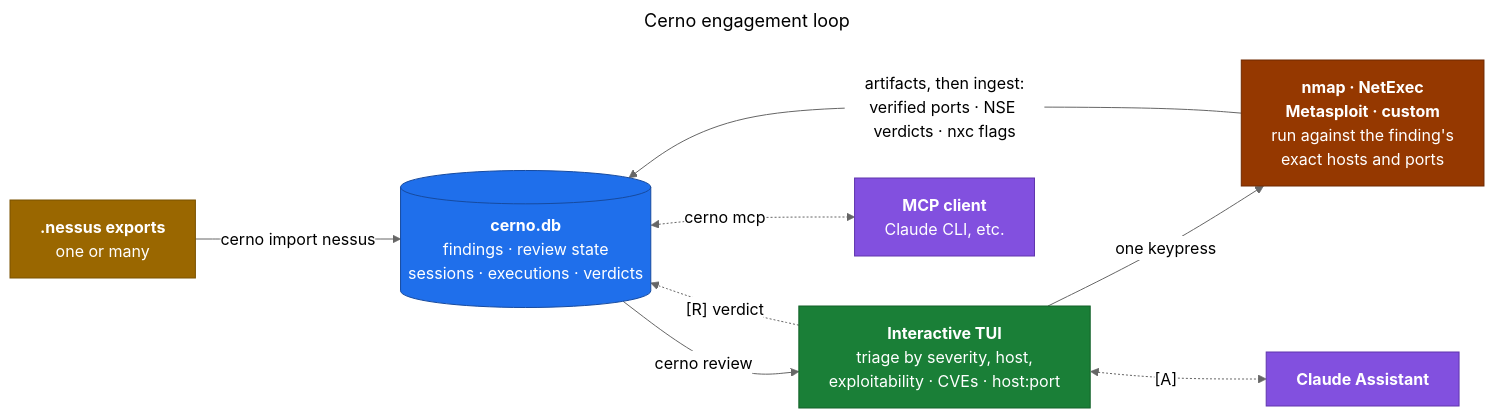
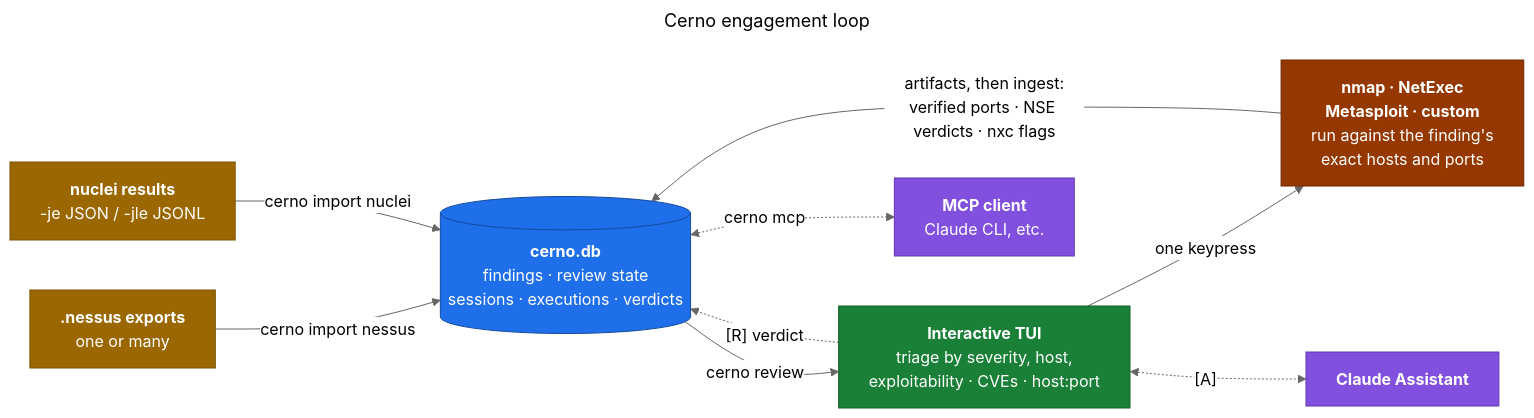
One commit to ridgebackinfosec/cerno changed the diagram in docs/diagrams/01-workflow.mmd. Above: the diagram before and after it, drawn with Mermaid (neutral theme). The commit also changed 73 other files, not shown here.

First line of the commit message:
feat!: add cerno import nuclei as a second import source (3.0.0)

```diff
--- a/docs/diagrams/01-workflow.mmd
+++ b/docs/diagrams/01-workflow.mmd
@@ -1,34 +1,37 @@
 ---
 title: Cerno engagement loop
 config:
   flowchart:
     wrappingWidth: 340
     curve: basis
 ---
 flowchart LR
     nessus["<b>.nessus exports</b><br/>one or many"]
+    nuclei["<b>nuclei results</b><br/>-je JSON / -jle JSONL"]
     db[("<b>cerno.db</b><br/>findings · review state<br/>sessions · executions · verdicts")]
     tui["<b>Interactive TUI</b><br/>triage by severity, host,<br/>exploitability · CVEs · host:port"]
     tools["<b>nmap · NetExec</b><br/><b>Metasploit · custom</b><br/>run against the finding's<br/>exact hosts and ports"]
     mcpc["<b>MCP client</b><br/>Claude CLI, etc."]
     claude["<b>Claude Assistant</b>"]
 
     nessus -->|"cerno import nessus"| db
+    nuclei -->|"cerno import nuclei"| db
     db -->|"cerno review"| tui
     tui -->|"one keypress"| tools
     tools -->|"artifacts, then ingest:<br/>verified ports · NSE verdicts · nxc flags"| db
     tui -.->|"[R] verdict"| db
     db <-.->|"cerno mcp"| mcpc
     tui <-.->|"[A]"| claude
 
     classDef source fill:#9a6700,stroke:#7a5200,color:#ffffff
     classDef store fill:#1f6feb,stroke:#164a9f,color:#ffffff
     classDef human fill:#1a7f37,stroke:#126128,color:#ffffff
     classDef external fill:#953800,stroke:#6e2900,color:#ffffff
     classDef ai fill:#8250df,stroke:#6035ad,color:#ffffff
 
     class nessus source
+    class nuclei source
     class db store
     class tui human
     class tools external
     class mcpc,claude ai
```
